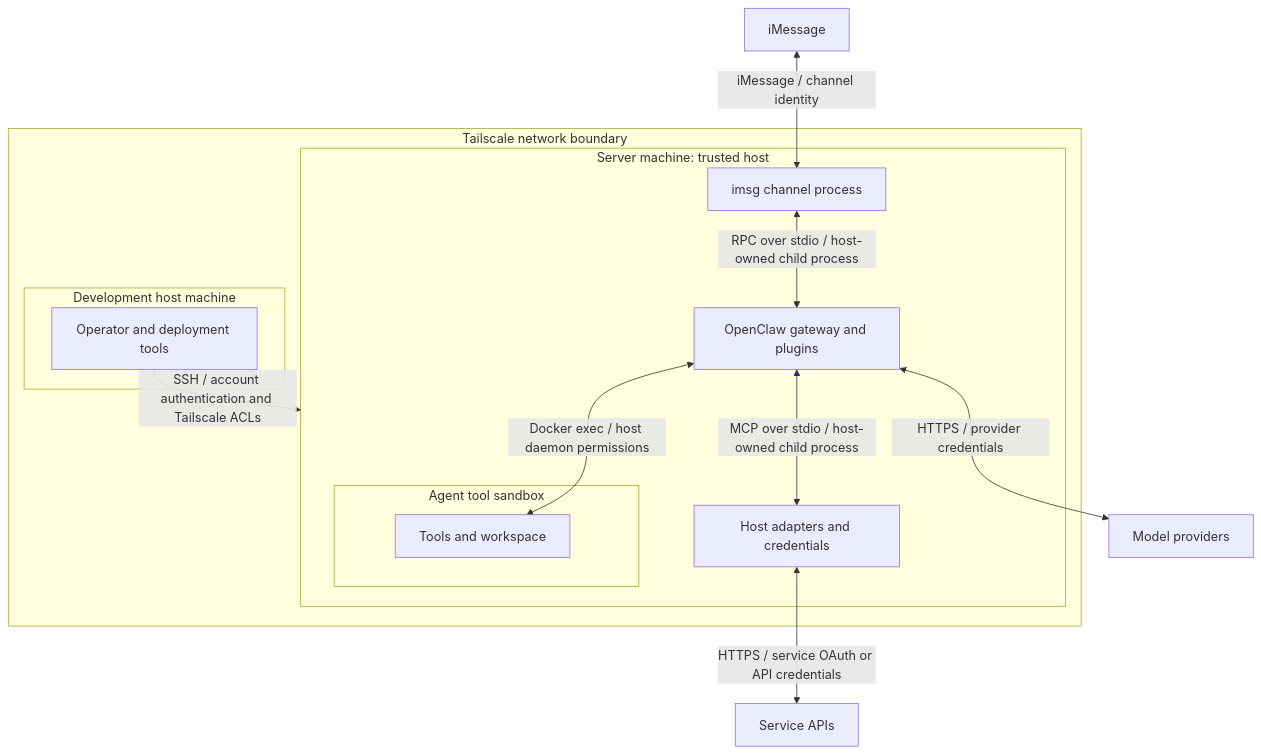
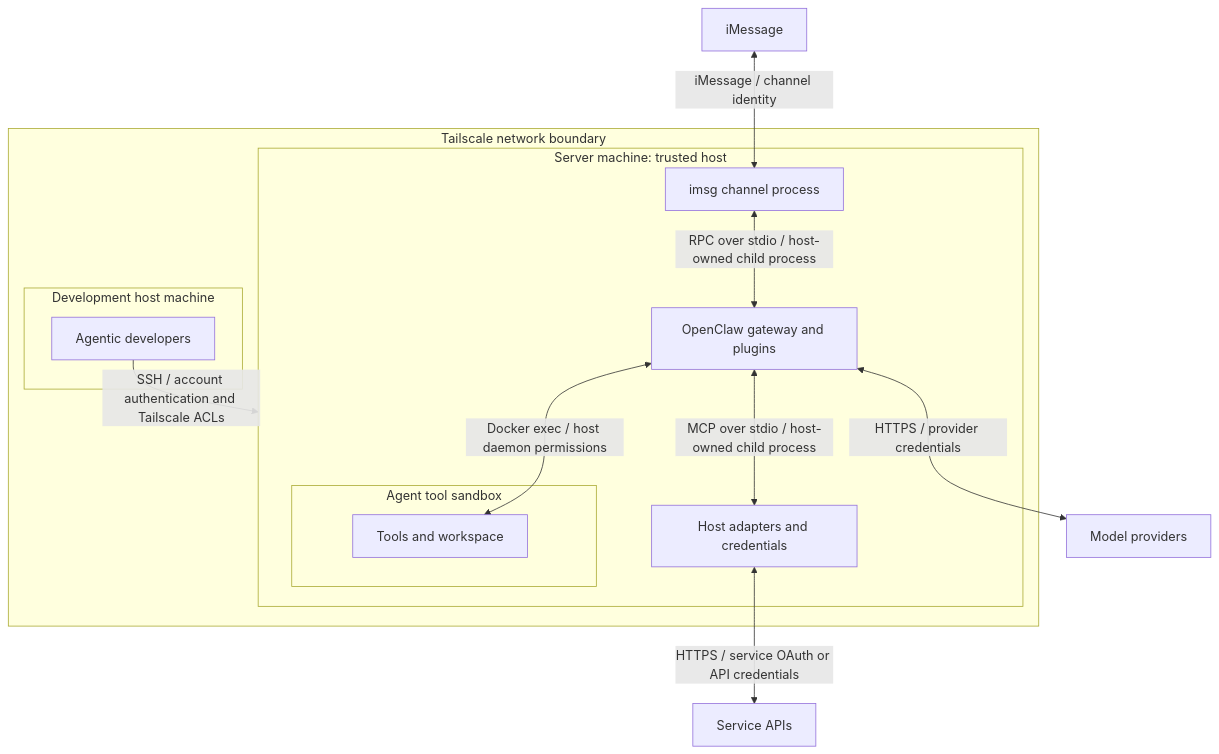
Before and after one commit to coletaylor788/puddles: the first of 5 diagrams in docs/openclaw-setup/security-architecture.md, drawn with Mermaid. The commit also changed other lines of this file, not shown here.

Commit message:
Show agentic developers inside the development host

````diff
--- a/docs/openclaw-setup/security-architecture.md
+++ b/docs/openclaw-setup/security-architecture.md
@@ -8,28 +8,28 @@
 ```mermaid
 flowchart TB
     Sender["iMessage"]
     APIs["Service APIs"]
     Models["Model providers"]
 
     subgraph Tailnet["Tailscale network boundary"]
         subgraph DevMachine["Development host machine"]
-            Operator["Operator and deployment tools"]
+            Developers["Agentic developers"]
         end
         subgraph Host["Server machine: trusted host"]
             Channel["imsg channel process"]
             Gateway["OpenClaw gateway and plugins"]
             Services["Host adapters and credentials"]
             subgraph Sandbox["Agent tool sandbox"]
                 Tools["Tools and workspace"]
             end
         end
     end
 
-    Operator -->|"SSH / account authentication and Tailscale ACLs"| Host
+    Developers -->|"SSH / account authentication and Tailscale ACLs"| Host
     Sender <-->|"iMessage / channel identity"| Channel
     Channel <-->|"RPC over stdio / host-owned child process"| Gateway
     Gateway <-->|"Docker exec / host daemon permissions"| Tools
     Gateway <-->|"MCP over stdio / host-owned child process"| Services
     Services <-->|"HTTPS / service OAuth or API credentials"| APIs
     Gateway <-->|"HTTPS / provider credentials"| Models
 ```
````
